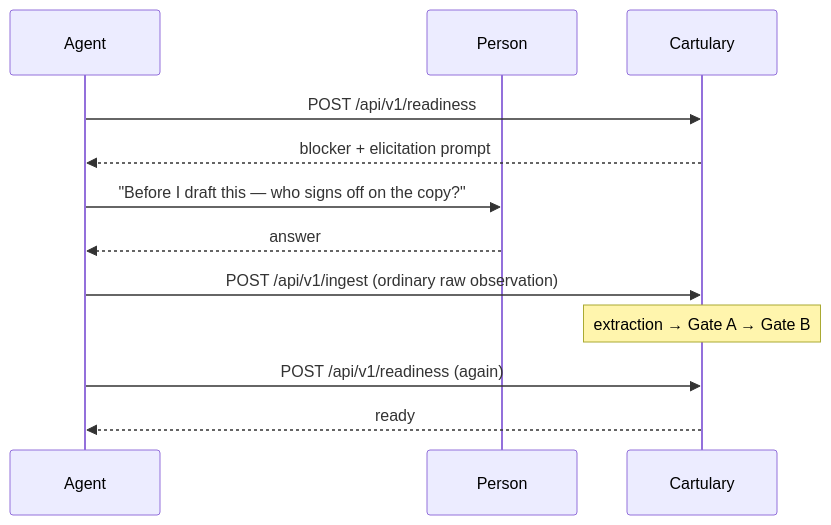
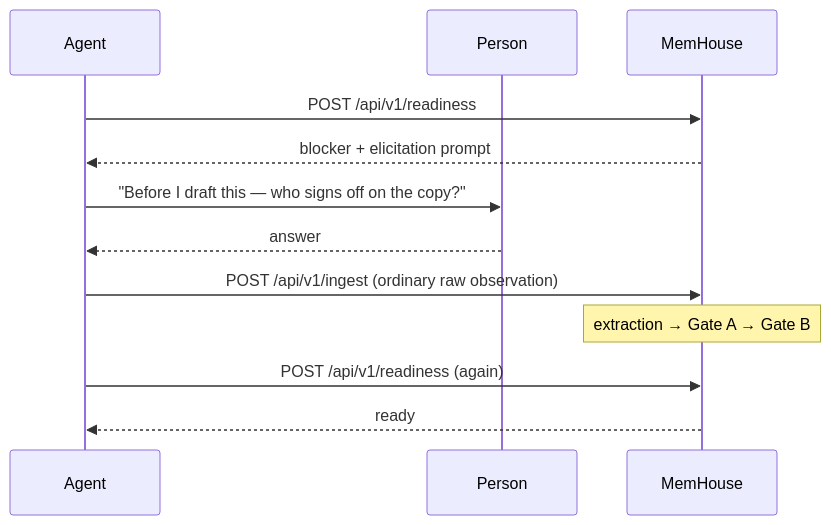
One commit to cartularyhq/cartulary changed the second of 2 diagrams in docs/concepts/skills.md. Above: the diagram before and after it, drawn with Mermaid. The commit also changed other lines of this file and 410 other files, not shown here.

Commit message:
rename to MemHouse

````diff
--- a/docs/concepts/skills.md
+++ b/docs/concepts/skills.md
@@ -56,14 +56,14 @@
 ```mermaid
 sequenceDiagram
     participant A as Agent
     participant P as Person
-    participant C as Cartulary
+    participant C as MemHouse
     A->>C: POST /api/v1/readiness
     C-->>A: blocker + elicitation prompt
     A->>P: "Before I draft this — who signs off on the copy?"
     P-->>A: answer
     A->>C: POST /api/v1/ingest (ordinary raw observation)
     Note over C: extraction → Gate A → Gate B
     A->>C: POST /api/v1/readiness (again)
     C-->>A: ready
 ```
````
